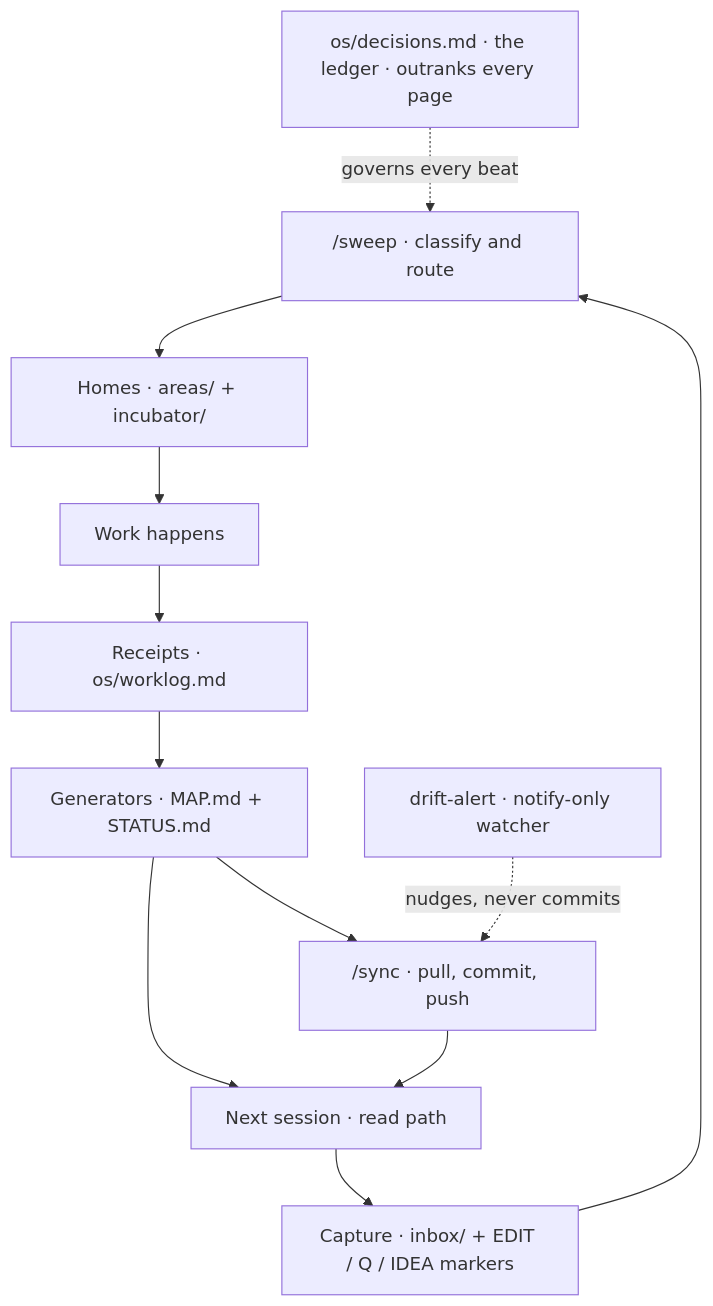
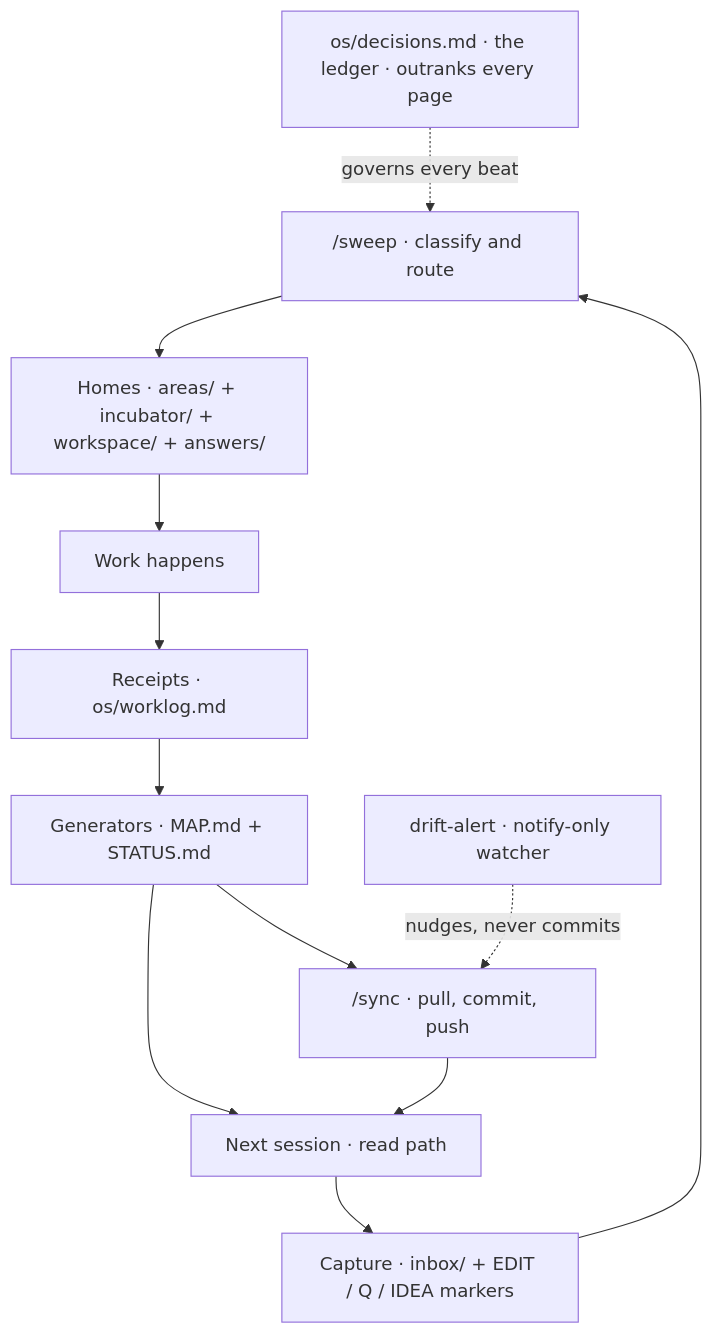
One commit to akovfoj-lang/plainframe changed the diagram in README.md. Above: the diagram before and after it, drawn with Mermaid. The commit also changed 14 other files, not shown here.

Commit message:
feat: add workspace/ and answers/ — the missing middle of the capture pipeline (1.3.0) OWNER-CONFIRMED

````diff
--- a/README.md
+++ b/README.md
@@ -18,22 +18,22 @@
 ```mermaid
 flowchart TD
     decisions["os/decisions.md · the ledger · outranks every page"]
 
     capture["Capture · inbox/ + EDIT / Q / IDEA markers"]
     sweep["/sweep · classify and route"]
-    homes["Homes · areas/ + incubator/"]
+    homes["Homes · areas/ + incubator/ + workspace/ + answers/"]
     work["Work happens"]
     receipts["Receipts · os/worklog.md"]
     generators["Generators · MAP.md + STATUS.md"]
     readpath["Next session · read path"]
 
     capture --> sweep --> homes --> work --> receipts --> generators --> readpath --> capture
 
     decisions -.->|governs every beat| sweep
 
     sync["/sync · pull, commit, push"]
     drift["drift-alert · notify-only watcher"]
 
     generators --> sync --> readpath
     drift -.->|nudges, never commits| sync
 ```
````
